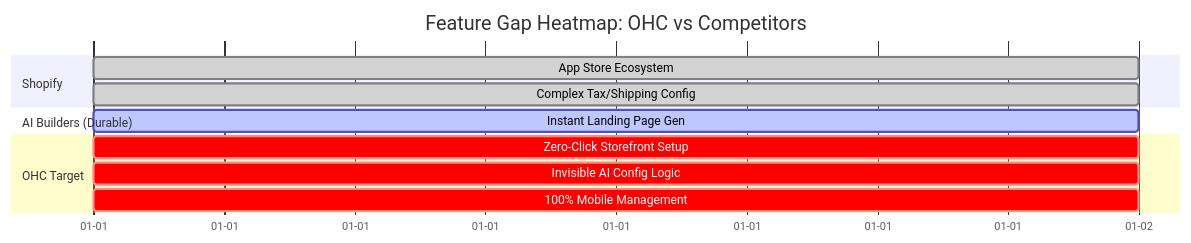
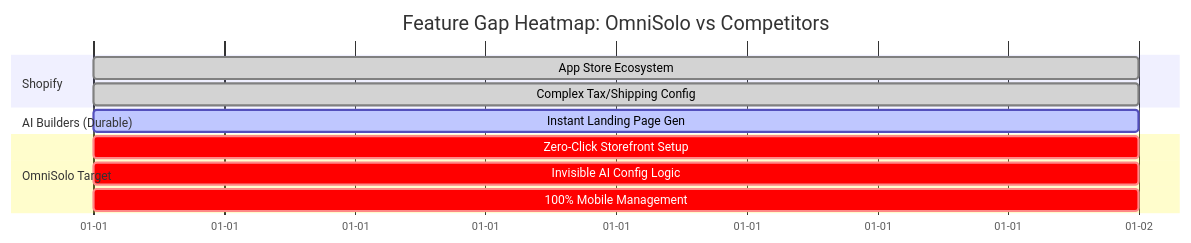
Before and after one commit to omnisolo-llc/onehumancorp: the second of 3 diagrams in docs/research/[research]_zero_click_ai_storefront_generator.md, drawn with Mermaid. The commit also changed other lines of this file and 2191 other files, not shown here.

Commit message:
feat: complete OmniSolo rename and browser audit

````diff
--- a/docs/research/[research]_zero_click_ai_storefront_generator.md
+++ b/docs/research/[research]_zero_click_ai_storefront_generator.md
@@ -116,15 +116,15 @@
 ```mermaid
 gantt
     dateFormat  YYYY-MM-DD
-    title Feature Gap Heatmap: OHC vs Competitors
+    title Feature Gap Heatmap: OmniSolo vs Competitors
     axisFormat  %m-%d
     section Shopify
     App Store Ecosystem      :done,    des1, 2024-01-01, 2024-01-02
     Complex Tax/Shipping Config :done,  des2, 2024-01-01, 2024-01-02
     section AI Builders (Durable)
     Instant Landing Page Gen :active,  des3, 2024-01-01, 2024-01-02
-    section OHC Target
+    section OmniSolo Target
     Zero-Click Storefront Setup :crit, des4, 2024-01-01, 2024-01-02
     Invisible AI Config Logic   :crit, des5, 2024-01-01, 2024-01-02
     100% Mobile Management      :crit, des6, 2024-01-01, 2024-01-02
 ```
````
